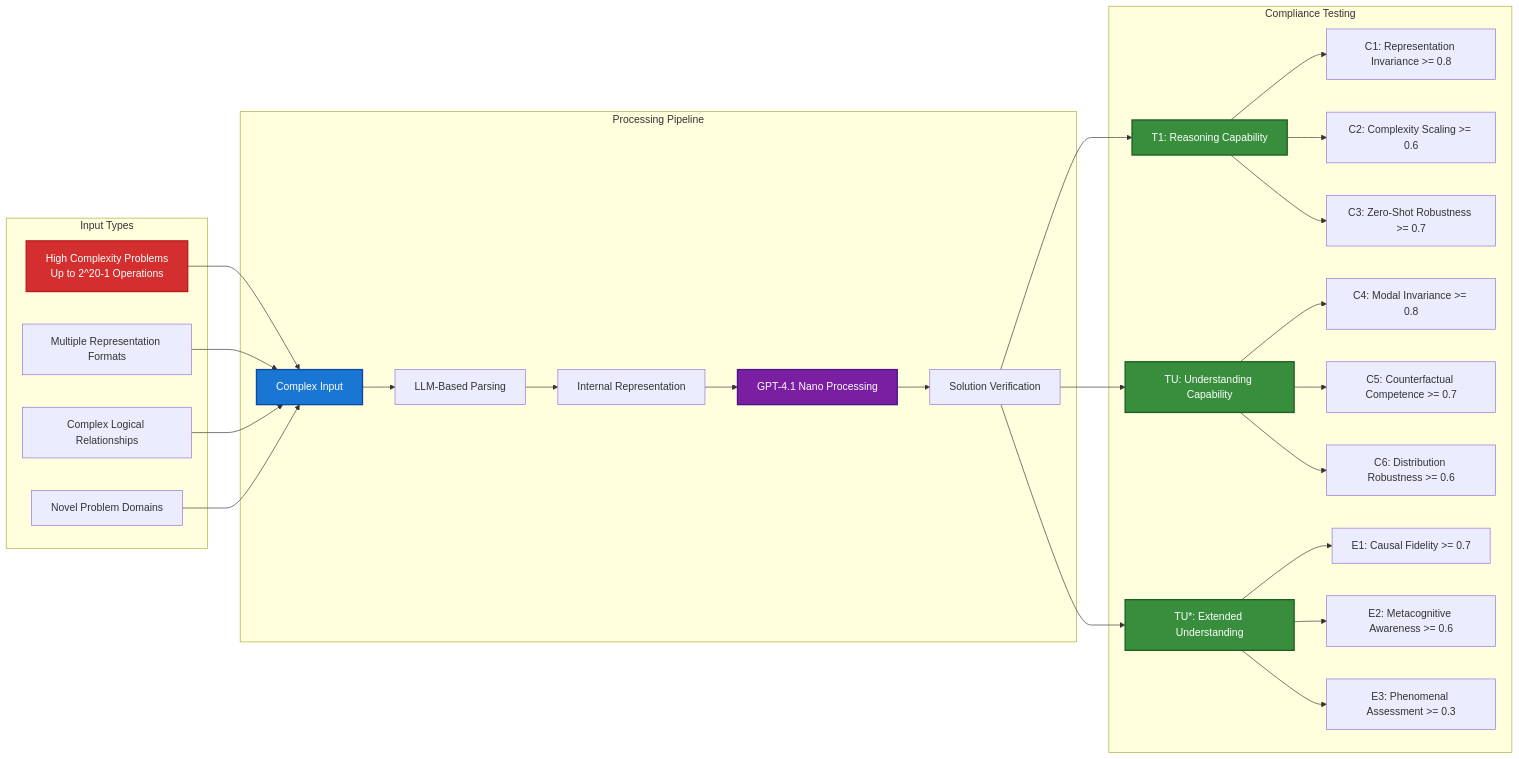
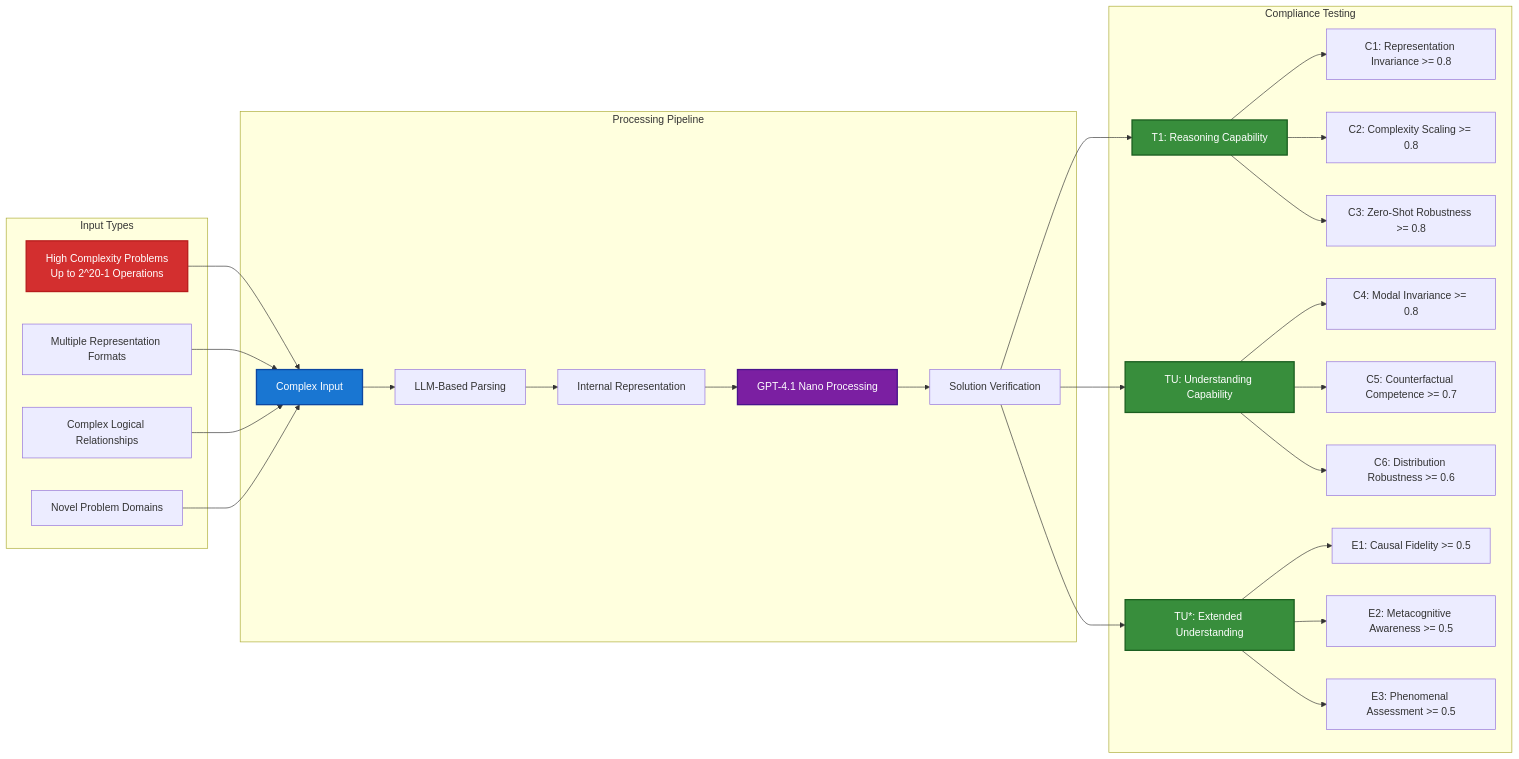
The third of 3 diagrams in README.md (mbhatt1/agentreasoning-sdk), drawn with Mermaid before and after one commit. The commit also changed other lines of this file, not shown here.

````diff
--- a/README.md
+++ b/README.md
@@ -325,50 +325,50 @@
 ```mermaid
 flowchart LR
     subgraph Input_Types ["Input Types"]
         A["High Complexity Problems<br/>Up to 2^20-1 Operations"]
         B["Multiple Representation Formats"]
         C["Complex Logical Relationships"]
         D["Novel Problem Domains"]
     end
     
     subgraph Processing_Pipeline ["Processing Pipeline"]
         E["Complex Input"] --> F["LLM-Based Parsing"]
         F --> G["Internal Representation"]
         G --> H["GPT-4.1 Nano Processing"]
         H --> I["Solution Verification"]
     end
     
     subgraph Compliance_Testing ["Compliance Testing"]
         J["T1: Reasoning Capability"]
         K["TU: Understanding Capability"]
         L["TU*: Extended Understanding"]
         
         J --> M["C1: Representation Invariance >= 0.8"]
-        J --> N["C2: Complexity Scaling >= 0.6"]
-        J --> O["C3: Zero-Shot Robustness >= 0.7"]
+        J --> N["C2: Complexity Scaling >= 0.8"]
+        J --> O["C3: Zero-Shot Robustness >= 0.8"]
         
         K --> P["C4: Modal Invariance >= 0.8"]
         K --> Q["C5: Counterfactual Competence >= 0.7"]
         K --> R["C6: Distribution Robustness >= 0.6"]
         
-        L --> S["E1: Causal Fidelity >= 0.7"]
-        L --> T["E2: Metacognitive Awareness >= 0.6"]
-        L --> U["E3: Phenomenal Assessment >= 0.3"]
+        L --> S["E1: Causal Fidelity >= 0.5"]
+        L --> T["E2: Metacognitive Awareness >= 0.5"]
+        L --> U["E3: Phenomenal Assessment >= 0.5"]
     end
     
     A --> E
     B --> E
     C --> E
     D --> E
     
     I --> J
     I --> K
     I --> L
     
     style A fill:#D32F2F,stroke:#B71C1C,stroke-width:2px,color:#fff
     style E fill:#1976D2,stroke:#0D47A1,stroke-width:2px,color:#fff
     style H fill:#7B1FA2,stroke:#4A148C,stroke-width:2px,color:#fff
     style J fill:#388E3C,stroke:#1B5E20,stroke-width:2px,color:#fff
     style K fill:#388E3C,stroke:#1B5E20,stroke-width:2px,color:#fff
     style L fill:#388E3C,stroke:#1B5E20,stroke-width:2px,color:#fff
 ```
````
